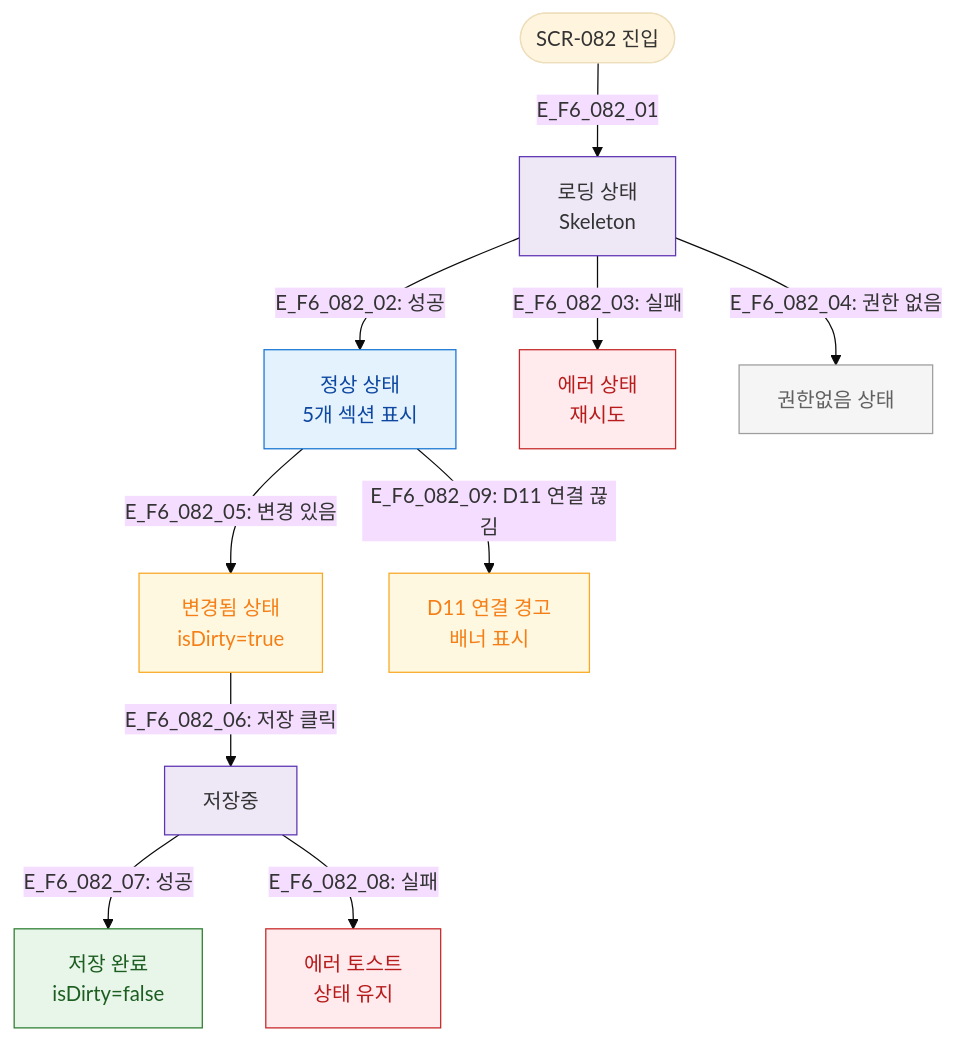
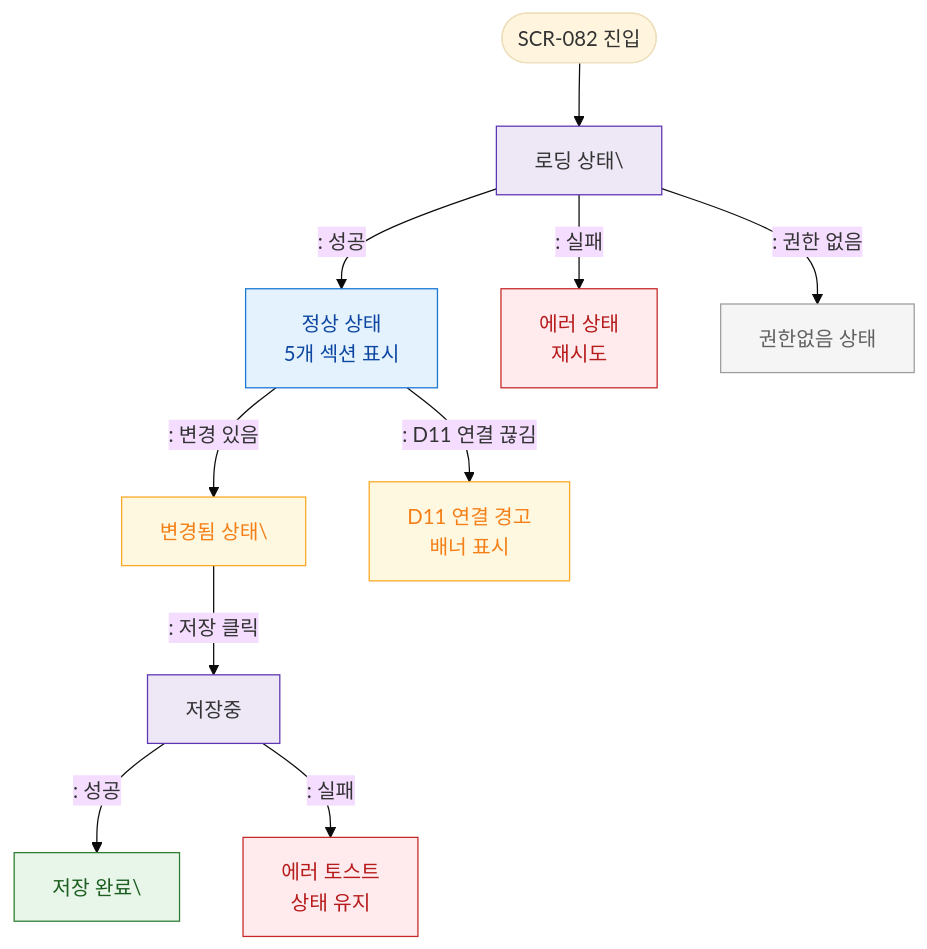
The diagram in docs/다이어그램/D09_설정관리/SCR-082_키오스크설정/F6_상태별화면.md (dev-spogym/admin-pando), drawn with Mermaid (base theme) before and after one commit. The commit also changed other lines of this file and 1660 other files, not shown here.

First line of the commit message:
다이어그램: 기획자/클라이언트 납품본으로 정리

````diff
--- a/docs/다이어그램/D09_설정관리/SCR-082_키오스크설정/F6_상태별화면.md
+++ b/docs/다이어그램/D09_설정관리/SCR-082_키오스크설정/F6_상태별화면.md
@@ -14,27 +12,27 @@
 ```mermaid
 flowchart TD
-    Entry([SCR-082 진입]) -->|E_F6_082_01| Loading[로딩 상태\nSkeleton]
-    Loading -->|"E_F6_082_02: 성공"| Normal[정상 상태\n5개 섹션 표시]
-    Loading -->|"E_F6_082_03: 실패"| ErrorState[에러 상태\n재시도]
-    Loading -->|"E_F6_082_04: 권한 없음"| NoAuth[권한없음 상태]
+    Entry([SCR-082 진입]) --> Loading[로딩 상태\]
+    Loading -->|": 성공"|Normal[정상 상태\n5개 섹션 표시]
+    Loading -->|": 실패"|ErrorState[에러 상태\n재시도]
+    Loading -->|": 권한 없음"|NoAuth[권한없음 상태]
 
-    Normal -->|"E_F6_082_05: 변경 있음"| Dirty[변경됨 상태\nisDirty=true]
-    Dirty -->|"E_F6_082_06: 저장 클릭"| Saving[저장중]
-    Saving -->|"E_F6_082_07: 성공"| Saved[저장 완료\nisDirty=false]
-    Saving -->|"E_F6_082_08: 실패"| SaveFail[에러 토스트\n상태 유지]
+    Normal -->|": 변경 있음"|Dirty[변경됨 상태\]
+    Dirty -->|": 저장 클릭"|Saving[저장중]
+    Saving -->|": 성공"|Saved[저장 완료\]
+    Saving -->|": 실패"|SaveFail[에러 토스트\n상태 유지]
 
-    Normal -->|"E_F6_082_09: D11 연결 끊김"| DisconnectWarn[D11 연결 경고\n배너 표시]
+    Normal -->|": D11 연결 끊김"|DisconnectWarn[D11 연결 경고\n배너 표시]
 
     classDef screen fill:#E3F2FD,stroke:#1976D2,color:#0D47A1
     classDef error fill:#FFEBEE,stroke:#C62828,color:#B71C1C
     classDef success fill:#E8F5E9,stroke:#2E7D32,color:#1B5E20
     classDef warning fill:#FFF8E1,stroke:#F9A825,color:#F57F17
     classDef system fill:#EDE7F6,stroke:#5E35B2
     classDef rbacBlocked fill:#F5F5F5,stroke:#9E9E9E,color:#616161
     class Normal screen
     class ErrorState,SaveFail error
     class Saved success
     class Dirty,DisconnectWarn warning
     class Loading,Saving system
     class NoAuth rbacBlocked
 ```
````
